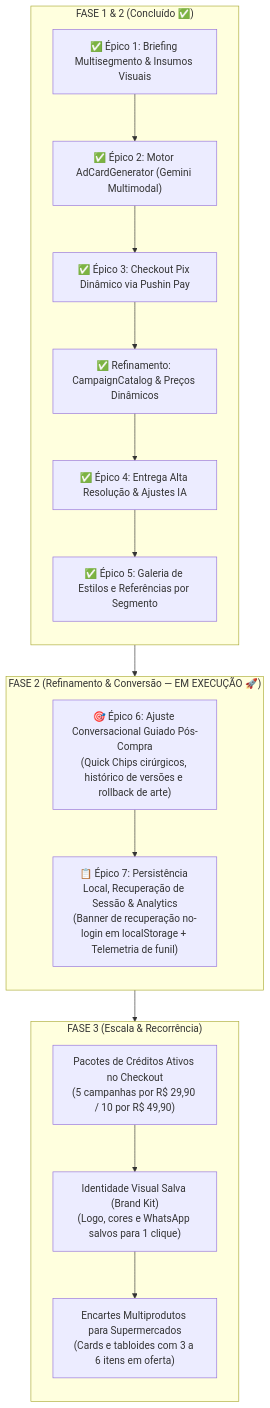
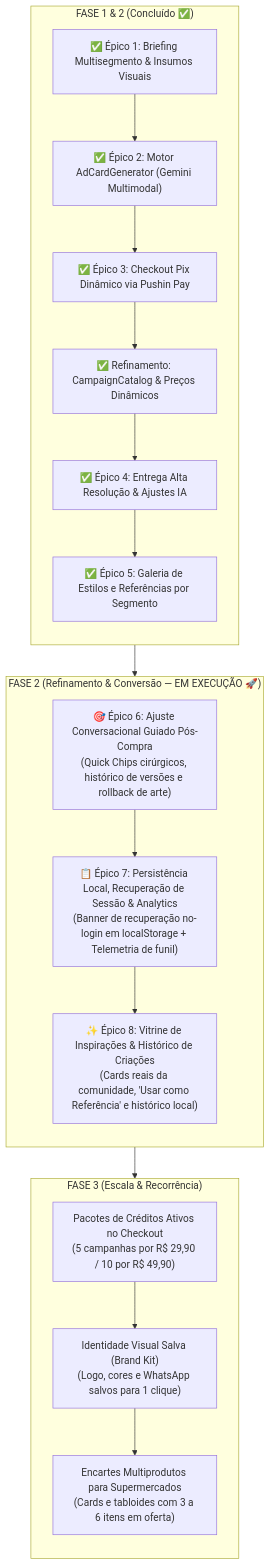
Before and after one commit to luis-henrique-carvalho/OfertaPronta: the diagram in docs/roadmap.md, drawn with Mermaid. The commit also changed other lines of this file and 8 other files, not shown here.

Commit message:
feat(prototype): validate bite-sized card creation flow variant a

````diff
--- a/docs/roadmap.md
+++ b/docs/roadmap.md
@@ -105,30 +116,31 @@
 ```mermaid
 flowchart TD
     subgraph CONCLUIDO["FASE 1 & 2 (Concluído ✅)"]
         direction TB
         E1["✅ Épico 1: Briefing Multisegmento & Insumos Visuais"]
         E2["✅ Épico 2: Motor AdCardGenerator (Gemini Multimodal)"]
         E3["✅ Épico 3: Checkout Pix Dinâmico via Pushin Pay"]
         E3B["✅ Refinamento: CampaignCatalog & Preços Dinâmicos"]
         E4["✅ Épico 4: Entrega Alta Resolução & Ajustes IA"]
         E5["✅ Épico 5: Galeria de Estilos e Referências por Segmento"]
         E1 --> E2 --> E3 --> E3B --> E4 --> E5
     end
 
     subgraph NOW["FASE 2 (Refinamento & Conversão — EM EXECUÇÃO 🚀)"]
         direction TB
         E6["🎯 Épico 6: Ajuste Conversacional Guiado Pós-Compra<br/>(Quick Chips cirúrgicos, histórico de versões e rollback de arte)"]
         E7["📋 Épico 7: Persistência Local, Recuperação de Sessão & Analytics<br/>(Banner de recuperação no-login em localStorage + Telemetria de funil)"]
-        E6 --> E7
+        E8["✨ Épico 8: Vitrine de Inspirações & Histórico de Criações<br/>(Cards reais da comunidade, 'Usar como Referência' e histórico local)"]
+        E6 --> E7 --> E8
     end
 
     subgraph LATER["FASE 3 (Escala & Recorrência)"]
         direction TB
-        E8["Pacotes de Créditos Ativos no Checkout<br/>(5 campanhas por R$ 29,90 / 10 por R$ 49,90)"]
-        E9["Identidade Visual Salva (Brand Kit)<br/>(Logo, cores e WhatsApp salvos para 1 clique)"]
-        E10["Encartes Multiprodutos para Supermercados<br/>(Cards e tabloides com 3 a 6 itens em oferta)"]
-        E8 --> E9 --> E10
+        E9["Pacotes de Créditos Ativos no Checkout<br/>(5 campanhas por R$ 29,90 / 10 por R$ 49,90)"]
+        E10["Identidade Visual Salva (Brand Kit)<br/>(Logo, cores e WhatsApp salvos para 1 clique)"]
+        E11["Encartes Multiprodutos para Supermercados<br/>(Cards e tabloides com 3 a 6 itens em oferta)"]
+        E9 --> E10 --> E11
     end
 
     CONCLUIDO --> NOW --> LATER
 ```
````
